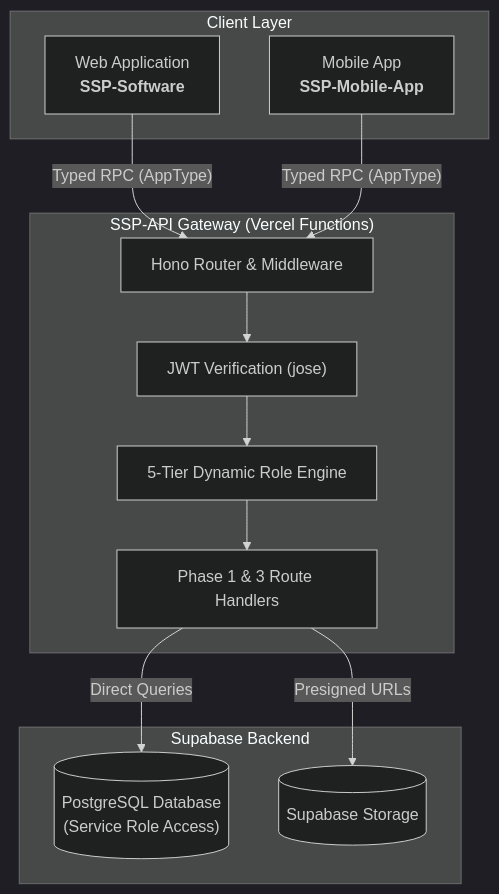
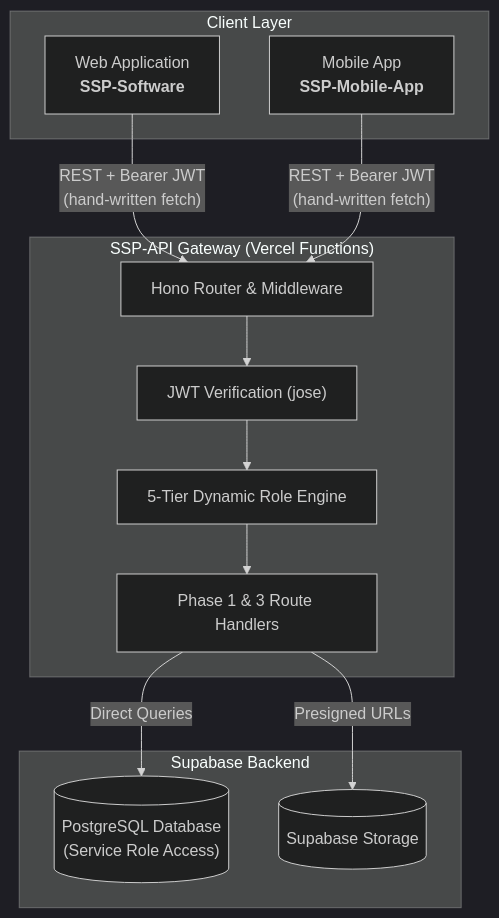
The diagram in docs/projects/backend/index.md (IzandlaSystem/SSP-Documentation), drawn with Mermaid (dark theme) before and after one commit. The commit also changed other lines of this file and 37 other files, not shown here.

````diff
--- a/docs/projects/backend/index.md
+++ b/docs/projects/backend/index.md
@@ -11,25 +11,25 @@
 ```mermaid
 flowchart TD
     subgraph Clients["Client Layer"]
         Web["Web Application<br/><b>SSP-Software</b>"]
         Mobile["Mobile App<br/><b>SSP-Mobile-App</b>"]
     end
 
     subgraph Gateway["SSP-API Gateway (Vercel Functions)"]
         Hono["Hono Router & Middleware"]
         Auth["JWT Verification (jose)"]
         RBAC["5-Tier Dynamic Role Engine"]
         Routes["Phase 1 & 3 Route Handlers"]
     end
 
     subgraph Data["Supabase Backend"]
         DB[("PostgreSQL Database<br/>(Service Role Access)")]
         Storage[("Supabase Storage")]
     end
 
-    Web -->|"Typed RPC (AppType)"| Hono
-    Mobile -->|"Typed RPC (AppType)"| Hono
+    Web -->|"REST + Bearer JWT<br/>(hand-written fetch)"| Hono
+    Mobile -->|"REST + Bearer JWT<br/>(hand-written fetch)"| Hono
     Hono --> Auth --> RBAC --> Routes
     Routes -->|"Direct Queries"| DB
     Routes -->|"Presigned URLs"| Storage
 ```
````
